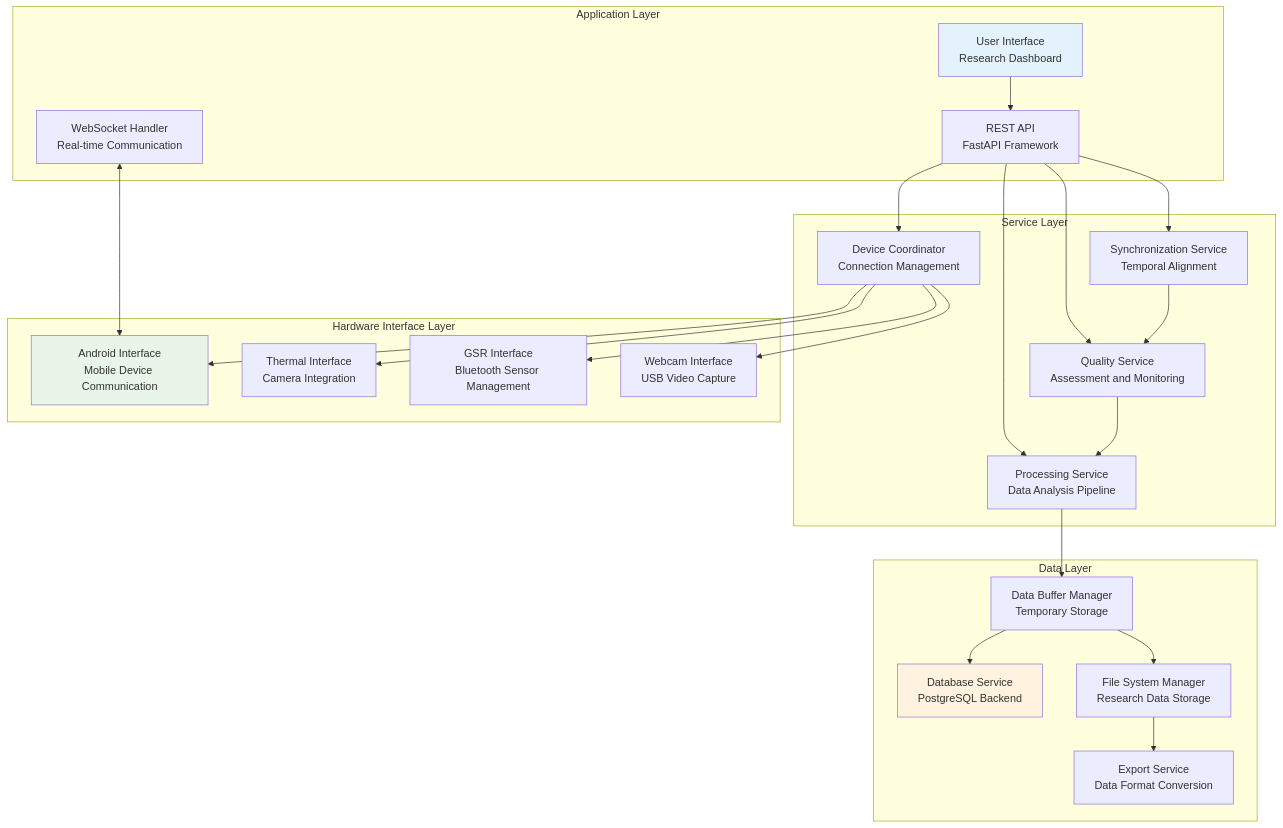
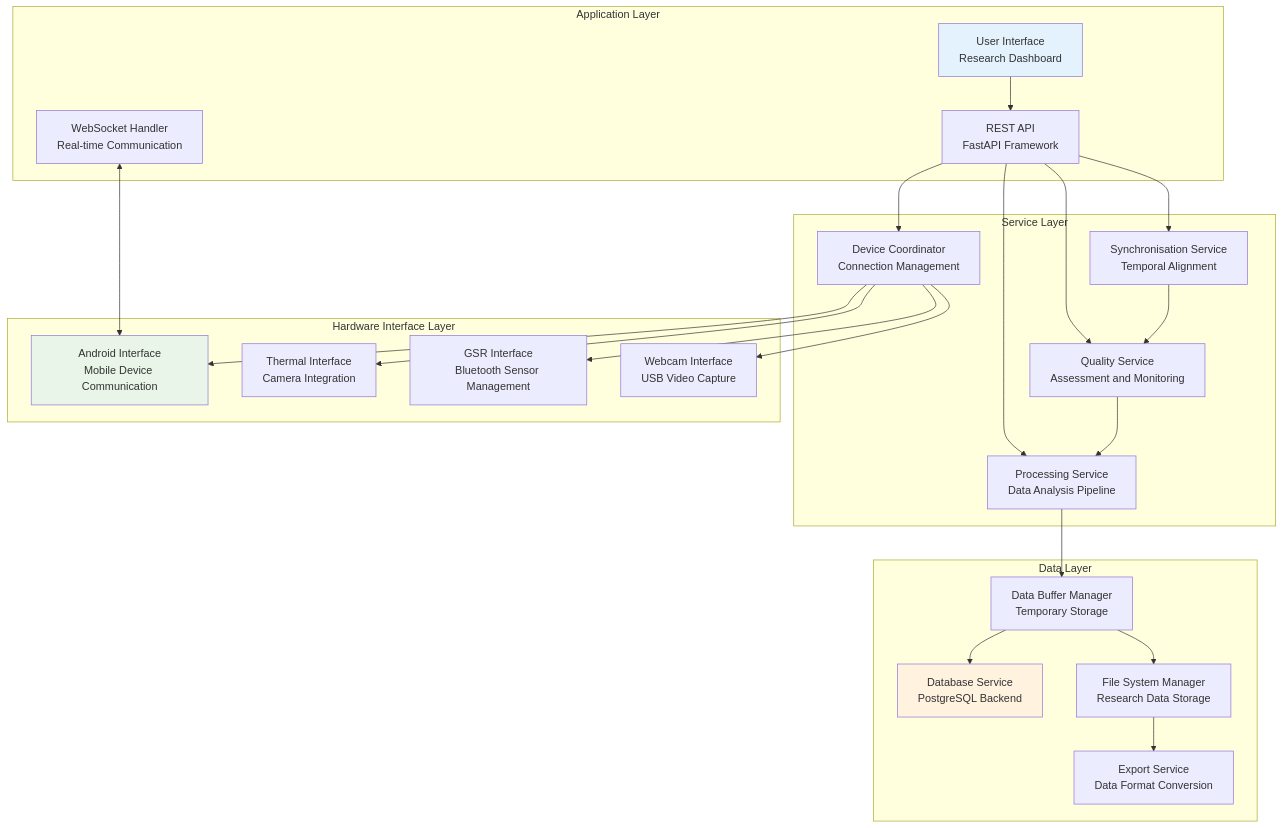
The third of 9 diagrams in docs/thesis_report/draft_0/chapter_7_appendices.md (buccancs/fyp-multi-sensor-recording-system), drawn with Mermaid before and after one commit. The commit also changed other lines of this file and 56 other files, not shown here.

````diff
--- a/docs/thesis_report/draft_0/chapter_7_appendices.md
+++ b/docs/thesis_report/draft_0/chapter_7_appendices.md
@@ -687,53 +687,53 @@
 ```mermaid
 graph TB
     subgraph "Application Layer"
         UI[User Interface<br/>Research Dashboard]
         API[REST API<br/>FastAPI Framework]
         WEBSOCKET[WebSocket Handler<br/>Real-time Communication]
     end
     
     subgraph "Service Layer"
         COORD[Device Coordinator<br/>Connection Management]
-        SYNC[Synchronization Service<br/>Temporal Alignment]
+        SYNC[Synchronisation Service<br/>Temporal Alignment]
         PROC[Processing Service<br/>Data Analysis Pipeline]
         QUAL[Quality Service<br/>Assessment and Monitoring]
     end
     
     subgraph "Data Layer"
         BUFFER[Data Buffer Manager<br/>Temporary Storage]
         DB[Database Service<br/>PostgreSQL Backend]
         FS[File System Manager<br/>Research Data Storage]
         EXPORT[Export Service<br/>Data Format Conversion]
     end
     
     subgraph "Hardware Interface Layer"
         ANDROID[Android Interface<br/>Mobile Device Communication]
         THERMAL[Thermal Interface<br/>Camera Integration]
         GSR[GSR Interface<br/>Bluetooth Sensor Management]
         WEBCAM[Webcam Interface<br/>USB Video Capture]
     end
     
     UI --> API
     API --> COORD
     API --> SYNC
     API --> PROC
     API --> QUAL
     
     WEBSOCKET <--> ANDROID
     COORD --> ANDROID
     COORD --> THERMAL
     COORD --> GSR
     COORD --> WEBCAM
     
     PROC --> BUFFER
     BUFFER --> DB
     BUFFER --> FS
     FS --> EXPORT
     
     SYNC --> QUAL
     QUAL --> PROC
     
     style UI fill:#e3f2fd
     style DB fill:#fff3e0
     style ANDROID fill:#e8f5e8
 ```
````
